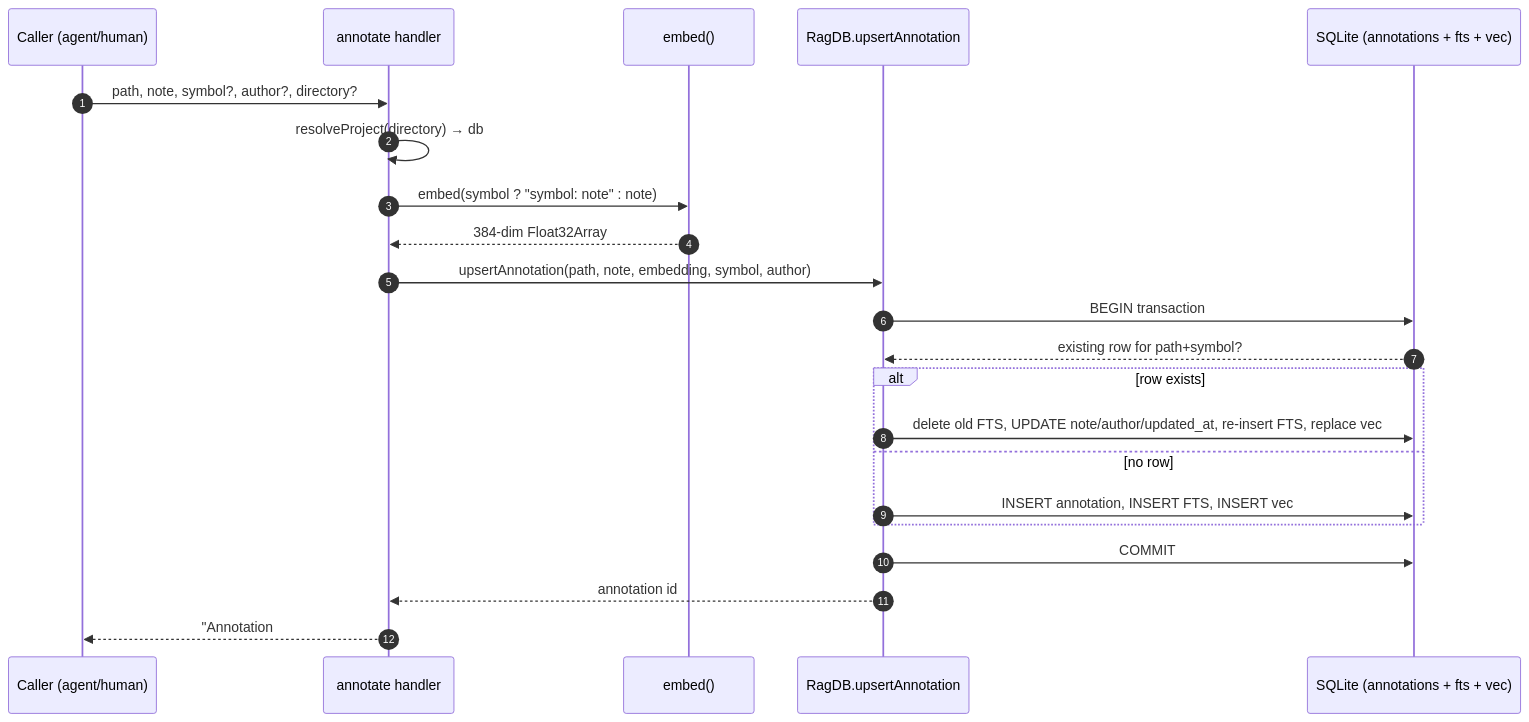
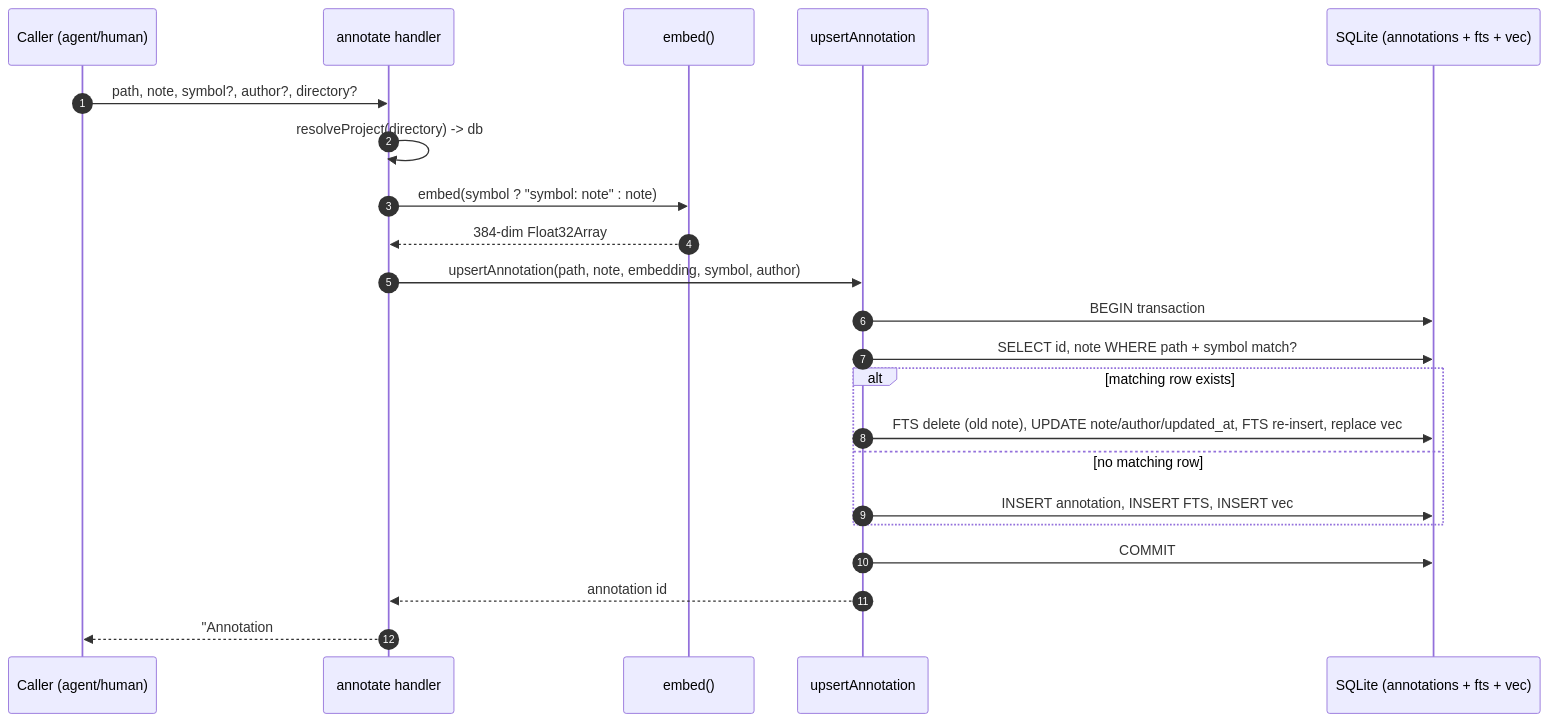
The diagram in wiki/tools/annotate.md (TheWinci/mimirs), drawn with Mermaid before and after one commit. The commit also changed other lines of this file and 55 other files, not shown here.

````diff
--- a/wiki/tools/annotate.md
+++ b/wiki/tools/annotate.md
@@ -43,25 +43,25 @@
 ```mermaid
 sequenceDiagram
     autonumber
     participant Caller as Caller (agent/human)
-    participant Tool as annotate handler
-    participant Embed as embed()
-    participant DB as RagDB.upsertAnnotation
-    participant SQLite as SQLite (annotations + fts + vec)
+    participant Handler as annotate handler
+    participant Embedder as embed()
+    participant Store as upsertAnnotation
+    participant Sqlite as SQLite (annotations + fts + vec)
 
-    Caller->>Tool: path, note, symbol?, author?, directory?
-    Tool->>Tool: resolveProject(directory) → db
-    Tool->>Embed: embed(symbol ? "symbol: note" : note)
-    Embed-->>Tool: 384-dim Float32Array
-    Tool->>DB: upsertAnnotation(path, note, embedding, symbol, author)
-    DB->>SQLite: BEGIN transaction
-    SQLite-->>DB: existing row for path+symbol?
-    alt row exists
-        DB->>SQLite: delete old FTS, UPDATE note/author/updated_at, re-insert FTS, replace vec
-    else no row
-        DB->>SQLite: INSERT annotation, INSERT FTS, INSERT vec
+    Caller->>Handler: path, note, symbol?, author?, directory?
+    Handler->>Handler: resolveProject(directory) -> db
+    Handler->>Embedder: embed(symbol ? "symbol: note" : note)
+    Embedder-->>Handler: 384-dim Float32Array
+    Handler->>Store: upsertAnnotation(path, note, embedding, symbol, author)
+    Store->>Sqlite: BEGIN transaction
+    Store->>Sqlite: SELECT id, note WHERE path + symbol match?
+    alt matching row exists
+        Store->>Sqlite: FTS delete (old note), UPDATE note/author/updated_at, FTS re-insert, replace vec
+    else no matching row
+        Store->>Sqlite: INSERT annotation, INSERT FTS, INSERT vec
     end
-    DB->>SQLite: COMMIT
-    DB-->>Tool: annotation id
-    Tool-->>Caller: "Annotation #id saved for target"
+    Store->>Sqlite: COMMIT
+    Store-->>Handler: annotation id
+    Handler-->>Caller: "Annotation #id saved for target"
 ```
````
